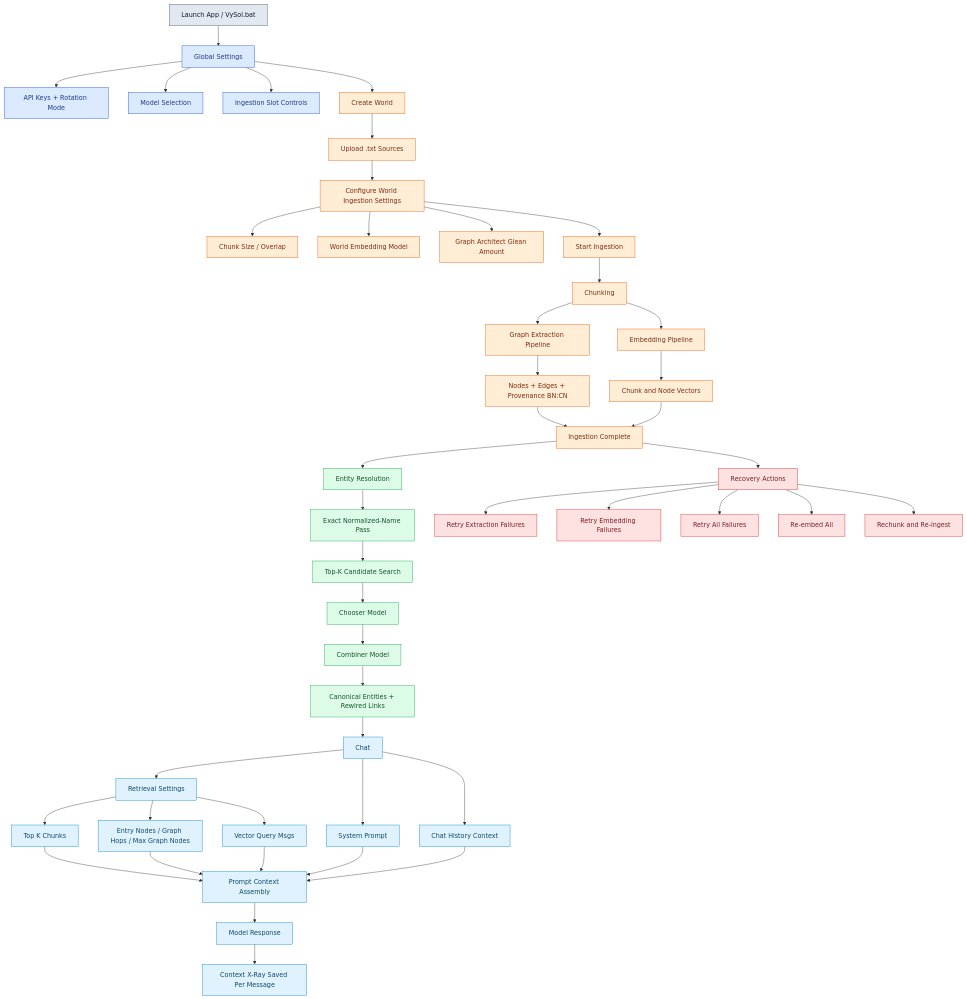
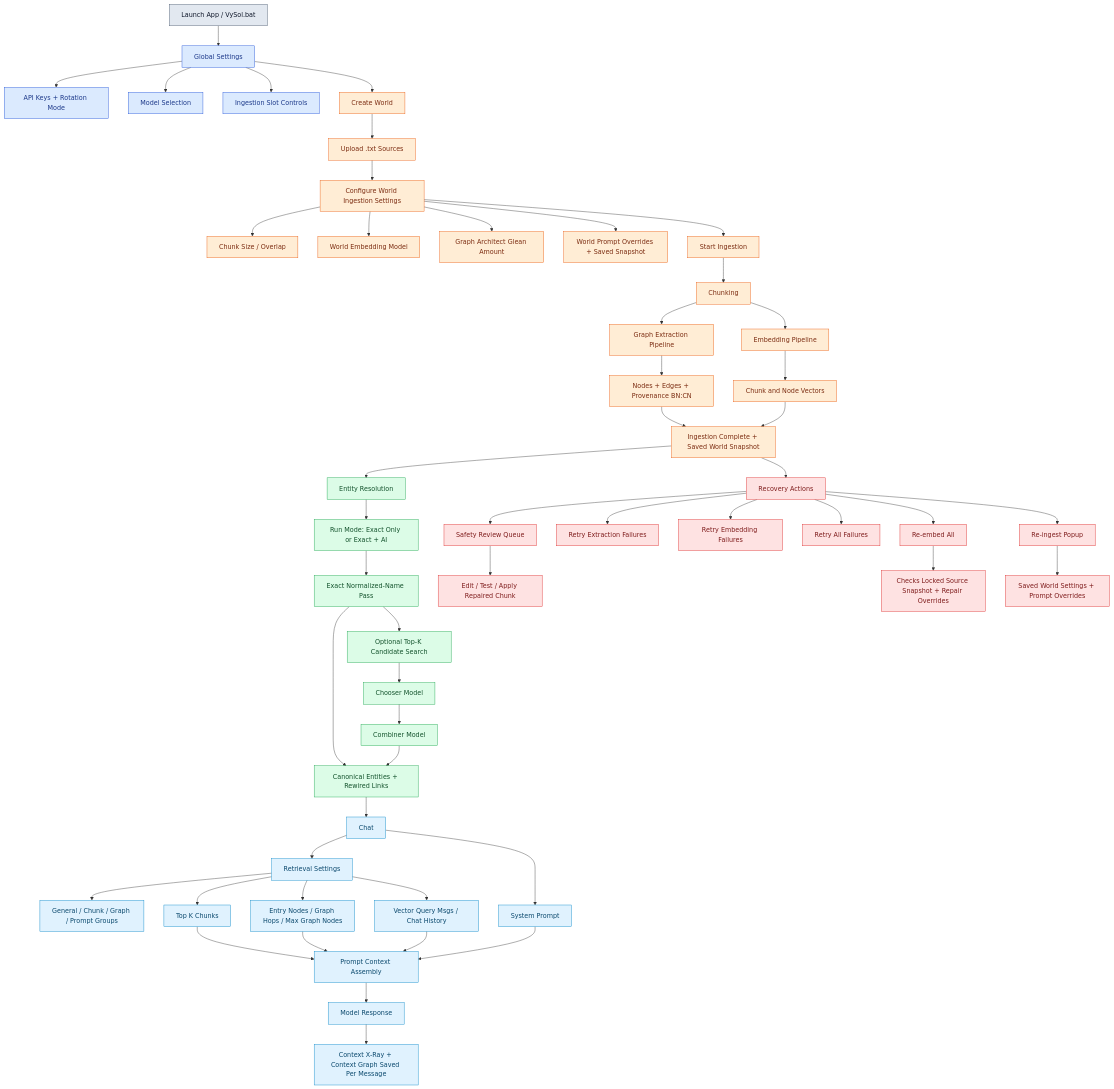
Before and after one commit to Vyce101/VySol: the diagram in docs/DIAGRAM.md, drawn with Mermaid. The commit also changed 3 other files, not shown here.

Commit message:
Improve chat performance and settings docs

````diff
--- a/docs/DIAGRAM.md
+++ b/docs/DIAGRAM.md
@@ -5,70 +5,76 @@
 ```mermaid
 flowchart TD
   A[Launch App / VySol.bat] --> B[Global Settings]
   B --> B1[API Keys + Rotation Mode]
   B --> B2[Model Selection]
   B --> B3[Ingestion Slot Controls]
 
   B --> C[Create World]
   C --> C1[Upload .txt Sources]
   C1 --> D[Configure World Ingestion Settings]
   D --> D1[Chunk Size / Overlap]
   D --> D2[World Embedding Model]
   D --> D3[Graph Architect Glean Amount]
+  D --> D4[World Prompt Overrides + Saved Snapshot]
 
   D --> E[Start Ingestion]
   E --> F[Chunking]
   F --> G[Graph Extraction Pipeline]
   F --> H[Embedding Pipeline]
   G --> G1[Nodes + Edges + Provenance BN:CN]
   H --> H1[Chunk and Node Vectors]
-  G1 --> I[Ingestion Complete]
+  G1 --> I[Ingestion Complete + Saved World Snapshot]
   H1 --> I
 
   I --> J[Entity Resolution]
-  J --> J1[Exact Normalized-Name Pass]
-  J1 --> J2[Top-K Candidate Search]
+  J --> J0[Run Mode: Exact Only or Exact + AI]
+  J0 --> J1[Exact Normalized-Name Pass]
+  J1 --> J2[Optional Top-K Candidate Search]
   J2 --> J3[Chooser Model]
   J3 --> J4[Combiner Model]
-  J4 --> J5[Canonical Entities + Rewired Links]
+  J1 --> J5[Canonical Entities + Rewired Links]
+  J4 --> J5
 
   J5 --> K[Chat]
 
   K --> KR[Retrieval Settings]
+  KR --> KR0[General / Chunk / Graph / Prompt Groups]
   KR --> KR1[Top K Chunks]
   KR --> KR2[Entry Nodes / Graph Hops / Max Graph Nodes]
-  KR --> KR3[Vector Query Msgs]
+  KR --> KR3[Vector Query Msgs / Chat History]
 
   K --> PS[System Prompt]
-  K --> CH[Chat History Context]
 
   KR1 --> L[Prompt Context Assembly]
   KR2 --> L
   KR3 --> L
   PS --> L
-  CH --> L
 
   L --> M[Model Response]
-  M --> N[Context X-Ray Saved Per Message]
+  M --> N[Context X-Ray + Context Graph Saved Per Message]
 
   I --> R[Recovery Actions]
-  R --> R1[Retry Extraction Failures]
-  R --> R2[Retry Embedding Failures]
-  R --> R3[Retry All Failures]
-  R --> R4[Re-embed All]
-  R --> R5[Rechunk and Re-ingest]
+  R --> R0[Safety Review Queue]
+  R0 --> R1[Edit / Test / Apply Repaired Chunk]
+  R --> R2[Retry Extraction Failures]
+  R --> R3[Retry Embedding Failures]
+  R --> R4[Retry All Failures]
+  R --> R5[Re-embed All]
+  R5 --> R6[Checks Locked Source Snapshot + Repair Overrides]
+  R --> R7[Re-ingest Popup]
+  R7 --> R8[Saved World Settings + Prompt Overrides]
 
   classDef launch fill:#e2e8f0,stroke:#475569,color:#0f172a
   classDef settings fill:#dbeafe,stroke:#1d4ed8,color:#1e3a8a
   classDef ingestion fill:#ffedd5,stroke:#ea580c,color:#7c2d12
   classDef resolution fill:#dcfce7,stroke:#16a34a,color:#14532d
   classDef chat fill:#e0f2fe,stroke:#0284c7,color:#0c4a6e
   classDef recovery fill:#fee2e2,stroke:#dc2626,color:#7f1d1d
 
   class A launch
   class B,B1,B2,B3 settings
-  class C,C1,D,D1,D2,D3,E,F,G,H,G1,H1,I ingestion
-  class J,J1,J2,J3,J4,J5 resolution
-  class K,KR,KR1,KR2,KR3,PS,CH,L,M,N chat
-  class R,R1,R2,R3,R4,R5 recovery
+  class C,C1,D,D1,D2,D3,D4,E,F,G,H,G1,H1,I ingestion
+  class J,J0,J1,J2,J3,J4,J5 resolution
+  class K,KR,KR0,KR1,KR2,KR3,PS,L,M,N chat
+  class R,R0,R1,R2,R3,R4,R5,R6,R7,R8 recovery
 ```
````
